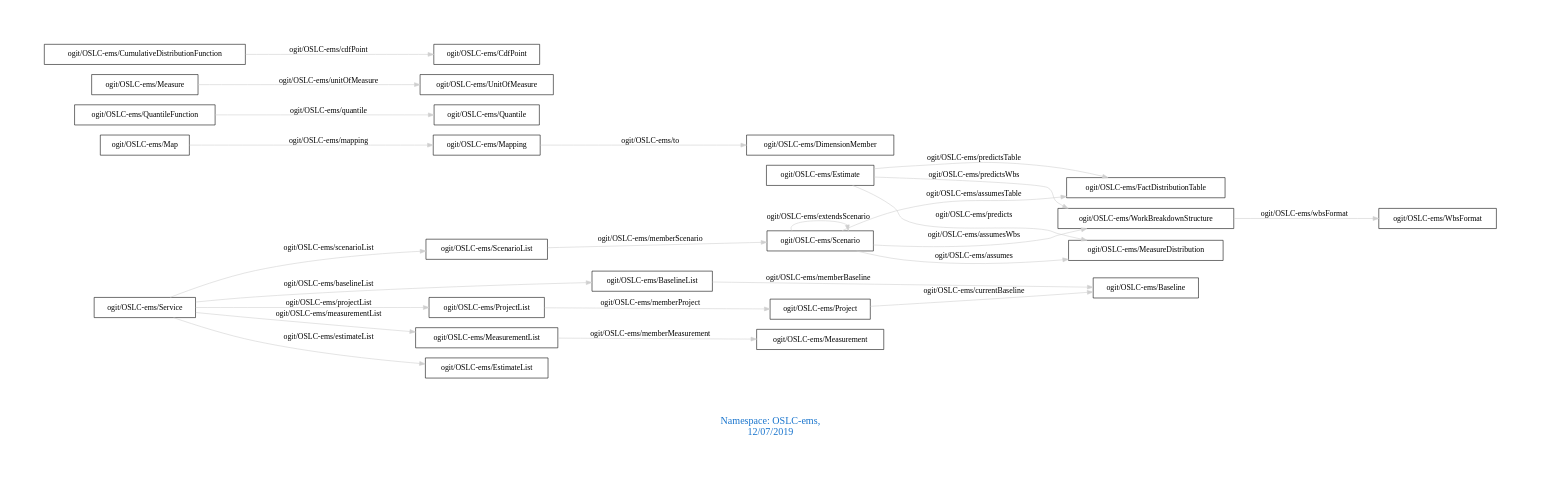
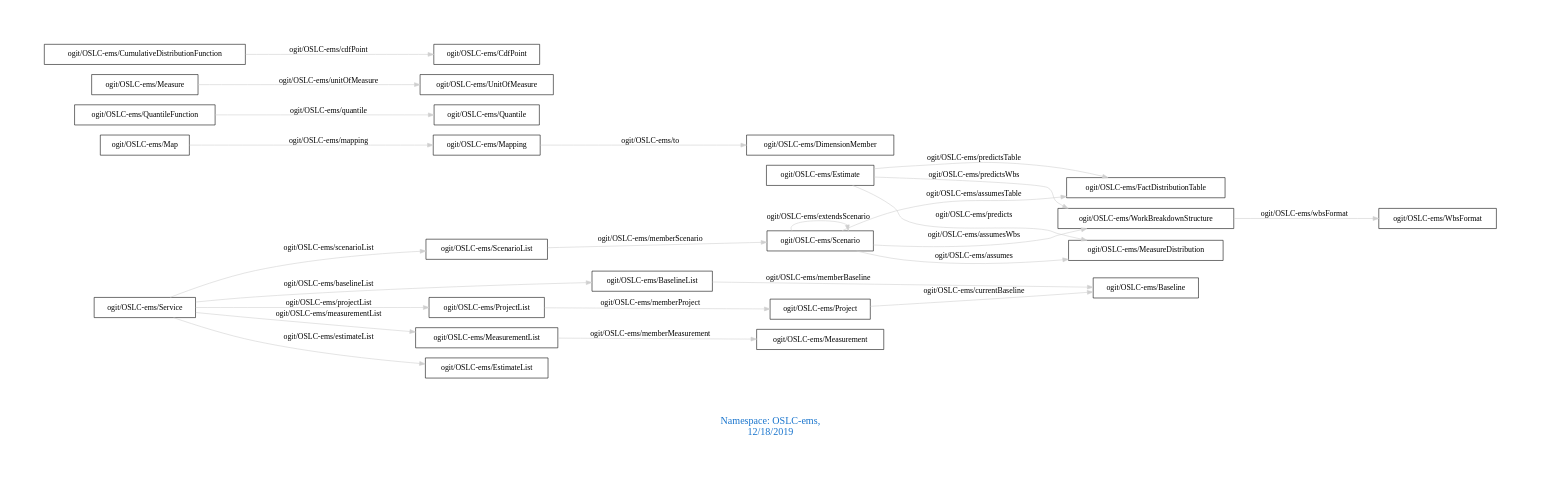
One commit to arago/OGIT changed the diagram in downloads/OSLC-ems.dot. Above: the diagram before and after it, drawn with Graphviz. The commit also changed 1649 other files, not shown here.

```diff
--- a/downloads/OSLC-ems.dot
+++ b/downloads/OSLC-ems.dot
@@ -1,31 +1,31 @@
 digraph OGIT_ontology {
  graph [ rankdir= LR,pad=1 
 fontsize = 18,
-fontcolor= dodgerblue3,label = "\n\n\nNamespace: OSLC-ems, \n 12/07/2019"];
+fontcolor= dodgerblue3,label = "\n\n\nNamespace: OSLC-ems, \n 12/18/2019"];
 node[shape=polygon];
 edge [  color="gray81"];
 
    "ogit/OSLC-ems/Estimate" -> "ogit/OSLC-ems/MeasureDistribution" [label="   ogit/OSLC-ems/predicts    "];
    "ogit/OSLC-ems/Mapping" -> "ogit/OSLC-ems/DimensionMember" [label="   ogit/OSLC-ems/to    "];
    "ogit/OSLC-ems/Service" -> "ogit/OSLC-ems/ProjectList" [label="   ogit/OSLC-ems/projectList    "];
    "ogit/OSLC-ems/QuantileFunction" -> "ogit/OSLC-ems/Quantile" [label="   ogit/OSLC-ems/quantile    "];
    "ogit/OSLC-ems/Service" -> "ogit/OSLC-ems/ScenarioList" [label="   ogit/OSLC-ems/scenarioList    "];
    "ogit/OSLC-ems/Measure" -> "ogit/OSLC-ems/UnitOfMeasure" [label="   ogit/OSLC-ems/unitOfMeasure    "];
    "ogit/OSLC-ems/ScenarioList" -> "ogit/OSLC-ems/Scenario" [label="   ogit/OSLC-ems/memberScenario    "];
    "ogit/OSLC-ems/Estimate" -> "ogit/OSLC-ems/FactDistributionTable" [label="   ogit/OSLC-ems/predictsTable    "];
    "ogit/OSLC-ems/BaselineList" -> "ogit/OSLC-ems/Baseline" [label="   ogit/OSLC-ems/memberBaseline    "];
    "ogit/OSLC-ems/Scenario" -> "ogit/OSLC-ems/WorkBreakdownStructure" [label="   ogit/OSLC-ems/assumesWbs    "];
    "ogit/OSLC-ems/CumulativeDistributionFunction" -> "ogit/OSLC-ems/CdfPoint" [label="   ogit/OSLC-ems/cdfPoint    "];
    "ogit/OSLC-ems/Project" -> "ogit/OSLC-ems/Baseline" [label="   ogit/OSLC-ems/currentBaseline    "];
    "ogit/OSLC-ems/ProjectList" -> "ogit/OSLC-ems/Project" [label="   ogit/OSLC-ems/memberProject    "];
    "ogit/OSLC-ems/Service" -> "ogit/OSLC-ems/BaselineList" [label="   ogit/OSLC-ems/baselineList    "];
    "ogit/OSLC-ems/Estimate" -> "ogit/OSLC-ems/WorkBreakdownStructure" [label="   ogit/OSLC-ems/predictsWbs    "];
    "ogit/OSLC-ems/Map" -> "ogit/OSLC-ems/Mapping" [label="   ogit/OSLC-ems/mapping    "];
    "ogit/OSLC-ems/MeasurementList" -> "ogit/OSLC-ems/Measurement" [label="   ogit/OSLC-ems/memberMeasurement    "];
    "ogit/OSLC-ems/Service" -> "ogit/OSLC-ems/MeasurementList" [label="   ogit/OSLC-ems/measurementList    "];
    "ogit/OSLC-ems/WorkBreakdownStructure" -> "ogit/OSLC-ems/WbsFormat" [label="   ogit/OSLC-ems/wbsFormat    "];
    "ogit/OSLC-ems/Service" -> "ogit/OSLC-ems/EstimateList" [label="   ogit/OSLC-ems/estimateList    "];
    "ogit/OSLC-ems/Scenario" -> "ogit/OSLC-ems/MeasureDistribution" [label="   ogit/OSLC-ems/assumes    "];
    "ogit/OSLC-ems/Scenario" -> "ogit/OSLC-ems/FactDistributionTable" [label="   ogit/OSLC-ems/assumesTable    "];
    "ogit/OSLC-ems/Scenario" -> "ogit/OSLC-ems/Scenario" [label="   ogit/OSLC-ems/extendsScenario    "];
 }
```
